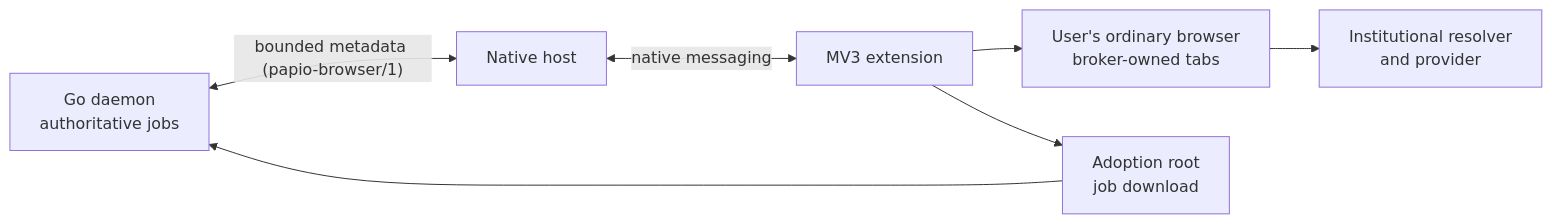
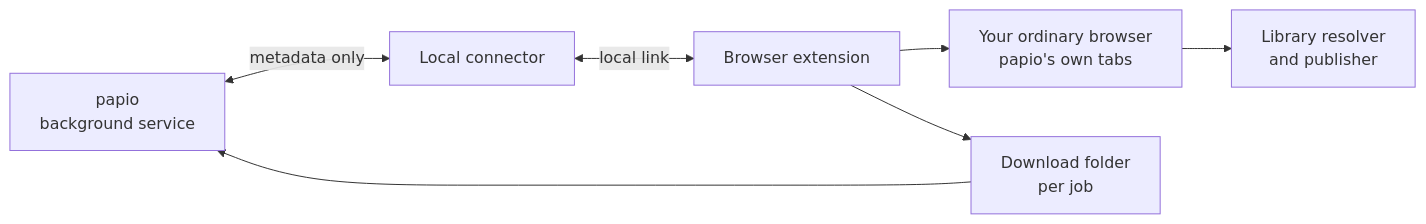
One commit to OrgMentem/papio changed the diagram in docs/concepts/browser-handoff.md. Above: the diagram before and after it, drawn with Mermaid. The commit also changed other lines of this file and 19 other files, not shown here.

````diff
--- a/docs/concepts/browser-handoff.md
+++ b/docs/concepts/browser-handoff.md
@@ -23,9 +21,9 @@
 ```mermaid
 flowchart LR
-    D["Go daemon<br/>authoritative jobs"] <-->|"bounded metadata (papio-browser/1)"| H[Native host]
-    H <-->|native messaging| E[MV3 extension]
-    E --> B["User's ordinary browser<br/>broker-owned tabs"]
-    B --> I["Institutional resolver<br/>and provider"]
-    E --> A["Adoption root<br/>job download"]
+    D["papio<br/>background service"] <-->|"metadata only"| H[Local connector]
+    H <-->|local link| E[Browser extension]
+    E --> B["Your ordinary browser<br/>papio's own tabs"]
+    B --> I["Library resolver<br/>and publisher"]
+    E --> A["Download folder<br/>per job"]
     A --> D
 ```
````
